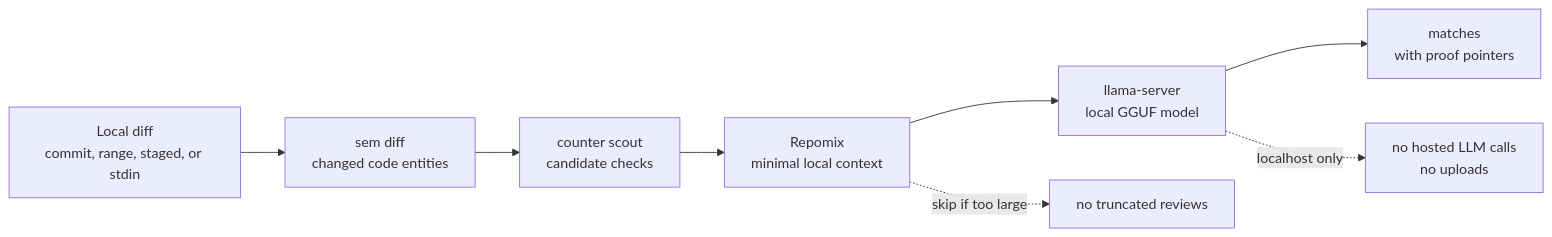
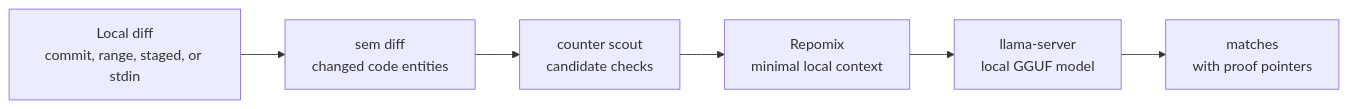
Before and after one commit to Octember/stupif.ai: the diagram in README.md, drawn with Mermaid. The commit also changed other lines of this file, not shown here.

Commit message:
Tighten README workflow diagram

````diff
--- a/README.md
+++ b/README.md
@@ -59,14 +59,11 @@
 ```mermaid
 flowchart LR
   Diff["Local diff<br/>commit, range, staged, or stdin"]
   Sem["sem diff<br/>changed code entities"]
   Scout["counter scout<br/>candidate checks"]
   Context["Repomix<br/>minimal local context"]
   Model["llama-server<br/>local GGUF model"]
   Matches["matches<br/>with proof pointers"]
 
   Diff --> Sem --> Scout --> Context --> Model --> Matches
-
-  Context -. "skip if too large" .-> Skip["no truncated reviews"]
-  Model -. "localhost only" .-> Privacy["no hosted LLM calls<br/>no uploads"]
 ```
````
